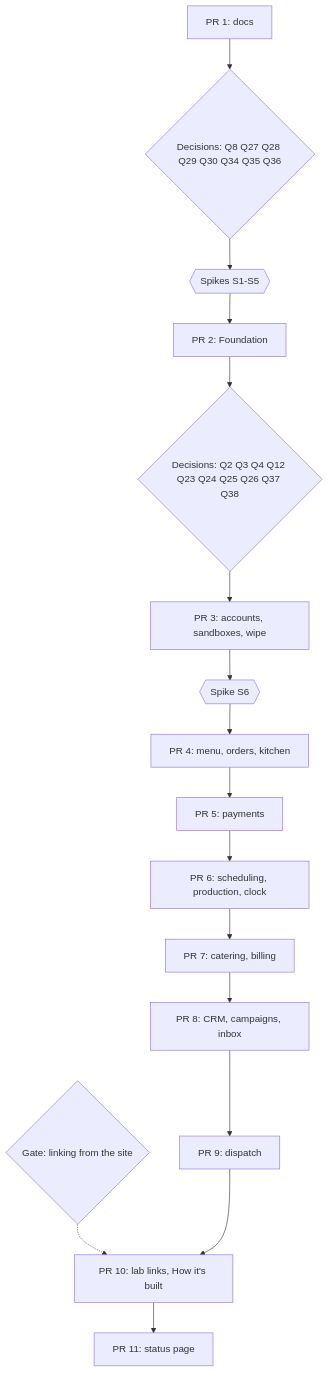
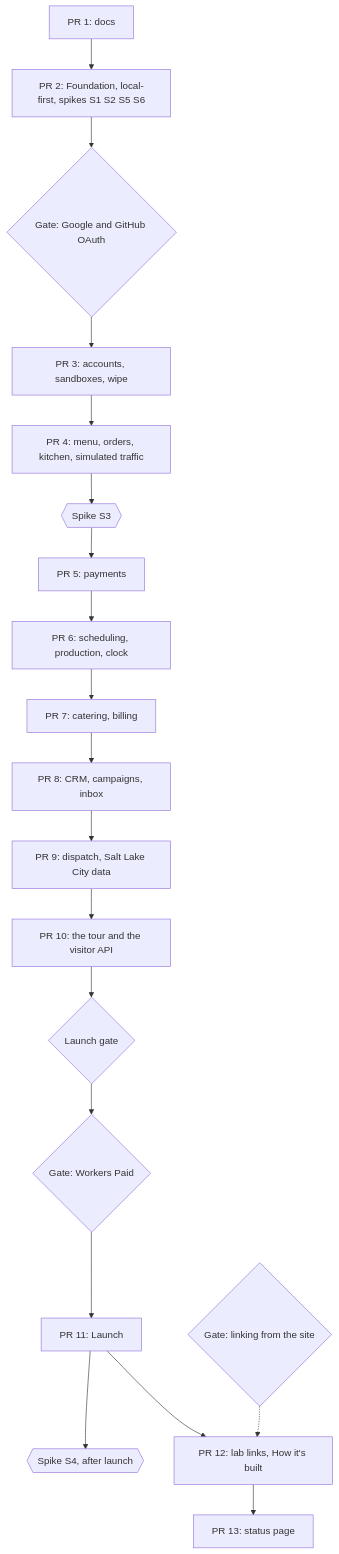
The diagram in docs/roadmap.md (IHaveASegway/bakery), drawn with Mermaid before and after one commit. The commit also changed other lines of this file and 20 other files, not shown here.

First line of the commit message:
The plan takes Joseph's answers of 2026-11-04: the name, Salt Lake City, local-first, a launch PR

````diff
--- a/docs/roadmap.md
+++ b/docs/roadmap.md
@@ -65,9 +68,12 @@
 ```mermaid
 flowchart TB
-  P1["PR 1: docs"] --> DG{"Decisions: Q8 Q27 Q28 Q29 Q30 Q34 Q35 Q36"}
-  DG --> S15{{"Spikes S1-S5"}} --> P2["PR 2: Foundation"]
-  P2 --> DG3{"Decisions: Q2 Q3 Q4 Q12 Q23 Q24 Q25 Q26 Q37 Q38"} --> P3["PR 3: accounts, sandboxes, wipe"] --> S6{{"Spike S6"}} --> P4["PR 4: menu, orders, kitchen"] --> P5["PR 5: payments"]
-  P5 --> P6["PR 6: scheduling, production, clock"] --> P7["PR 7: catering, billing"] --> P8["PR 8: CRM, campaigns, inbox"] --> P9["PR 9: dispatch"]
-  GL{"Gate: linking from the site"} -.-> P10
-  P9 --> P10["PR 10: lab links, How it's built"] --> P11["PR 11: status page"]
+  P1["PR 1: docs"] --> P2["PR 2: Foundation, local-first, spikes S1 S2 S5 S6"]
+  P2 --> OG{"Gate: Google and GitHub OAuth"} --> P3["PR 3: accounts, sandboxes, wipe"] --> P4["PR 4: menu, orders, kitchen, simulated traffic"]
+  P4 --> S3{{"Spike S3"}} --> P5["PR 5: payments"]
+  P5 --> P6["PR 6: scheduling, production, clock"] --> P7["PR 7: catering, billing"] --> P8["PR 8: CRM, campaigns, inbox"] --> P9["PR 9: dispatch, Salt Lake City data"]
+  P9 --> P10["PR 10: the tour and the visitor API"]
+  P10 --> LG{"Launch gate"} --> WP{"Gate: Workers Paid"} --> P11["PR 11: Launch"]
+  P11 --> S4{{"Spike S4, after launch"}}
+  LG2{"Gate: linking from the site"} -.-> P12
+  P11 --> P12["PR 12: lab links, How it's built"] --> P13["PR 13: status page"]
 ```
````
